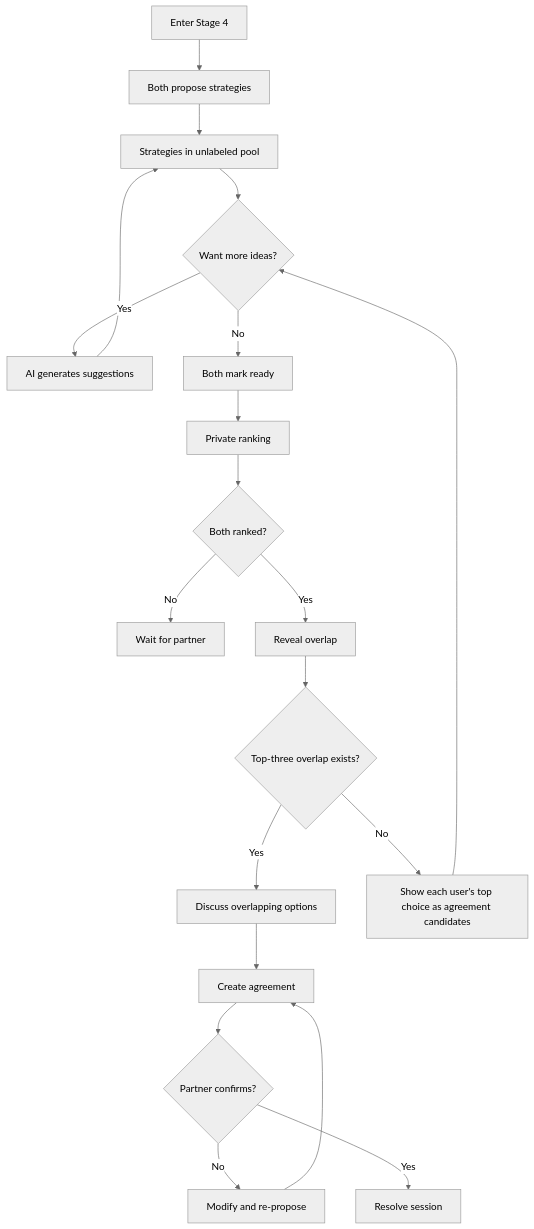
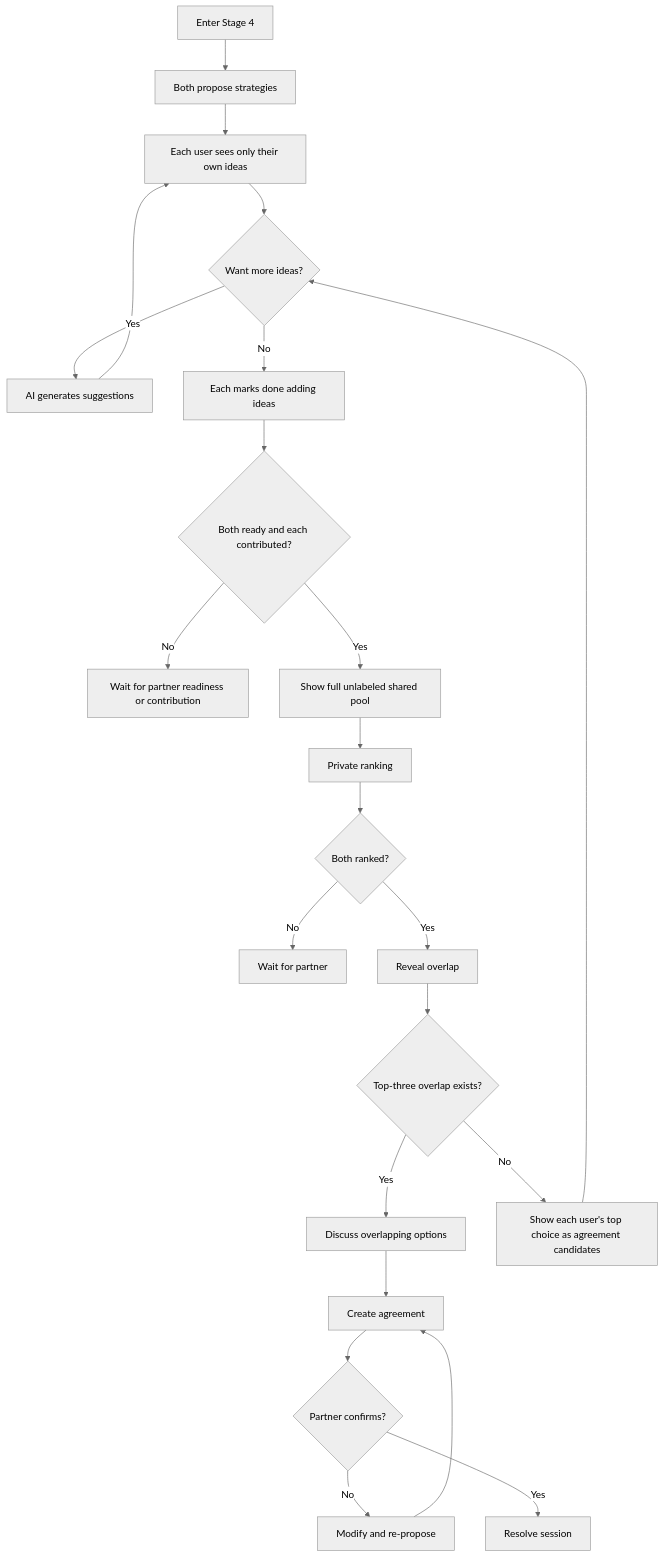
Before and after one commit to shantamg/meet-without-fear: the diagram in docs/backend/api/stage-4.md, drawn with Mermaid (neutral theme). The commit also changed other lines of this file and 1 other file, not shown here.

````diff
--- a/docs/backend/api/stage-4.md
+++ b/docs/backend/api/stage-4.md
@@ -407,22 +434,25 @@
 ```mermaid
 flowchart TD
     Enter[Enter Stage 4] --> Collect[Both propose strategies]
-    Collect --> Pool[Strategies in unlabeled pool]
-    Pool --> MoreIdeas{Want more ideas?}
+    Collect --> LocalPool[Each user sees only their own ideas]
+    LocalPool --> MoreIdeas{Want more ideas?}
     MoreIdeas -->|Yes| AISuggest[AI generates suggestions]
-    AISuggest --> Pool
-    MoreIdeas -->|No| Ready[Both mark ready]
-    Ready --> Rank[Private ranking]
+    AISuggest --> LocalPool
+    MoreIdeas -->|No| Done[Each marks done adding ideas]
+    Done --> Ready{Both ready and each contributed?}
+    Ready -->|No| WaitReady[Wait for partner readiness or contribution]
+    Ready -->|Yes| SharedPool[Show full unlabeled shared pool]
+    SharedPool --> Rank[Private ranking]
     Rank --> BothRanked{Both ranked?}
     BothRanked -->|No| Wait[Wait for partner]
     BothRanked -->|Yes| Reveal[Reveal overlap]
     Reveal --> HasOverlap{Top-three overlap exists?}
     HasOverlap -->|Yes| Discuss[Discuss overlapping options]
     HasOverlap -->|No| Candidates[Show each user's top choice as agreement candidates]
     Candidates --> MoreIdeas
     Discuss --> Agree[Create agreement]
     Agree --> PartnerConfirm{Partner confirms?}
     PartnerConfirm -->|No| Modify[Modify and re-propose]
     Modify --> Agree
     PartnerConfirm -->|Yes| Resolve[Resolve session]
 ```
````
